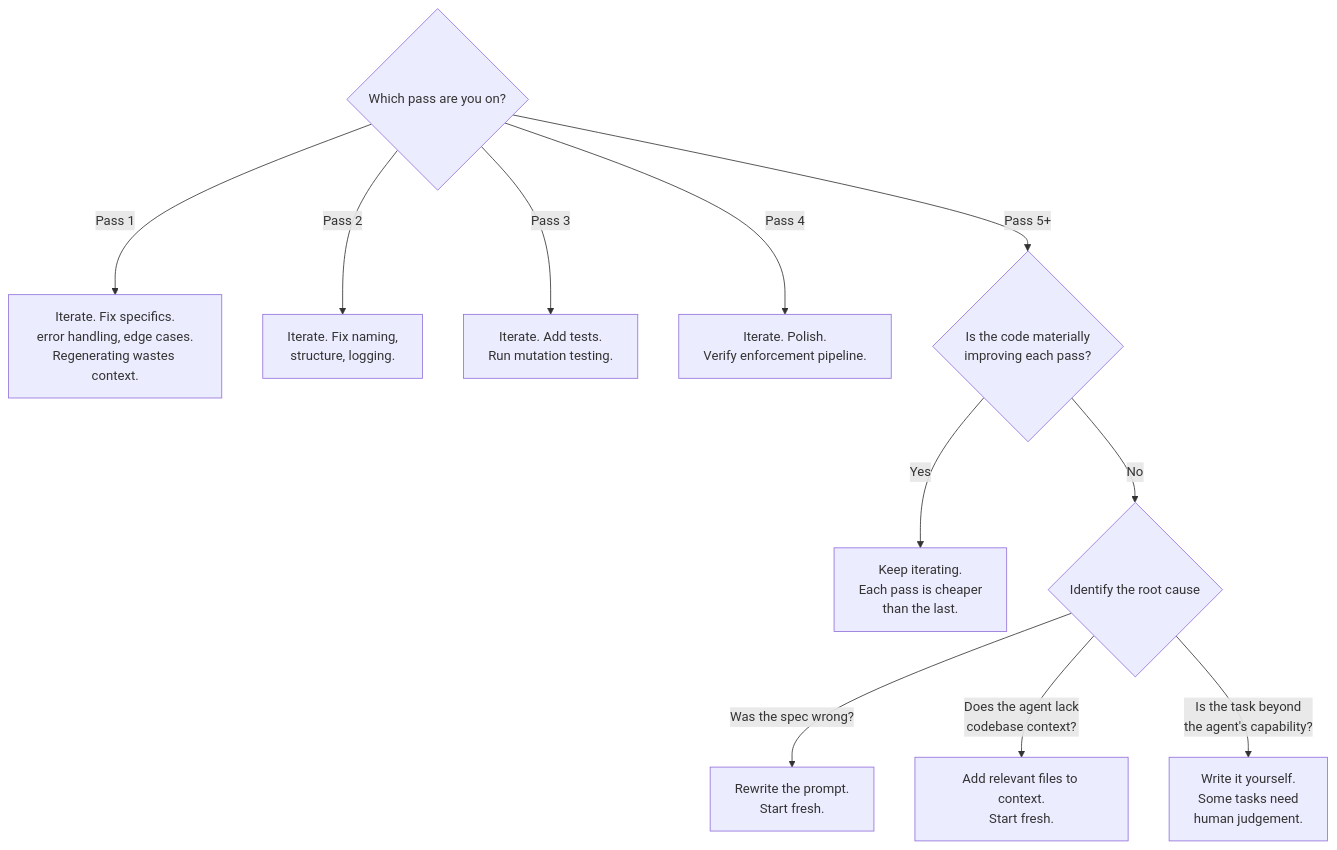
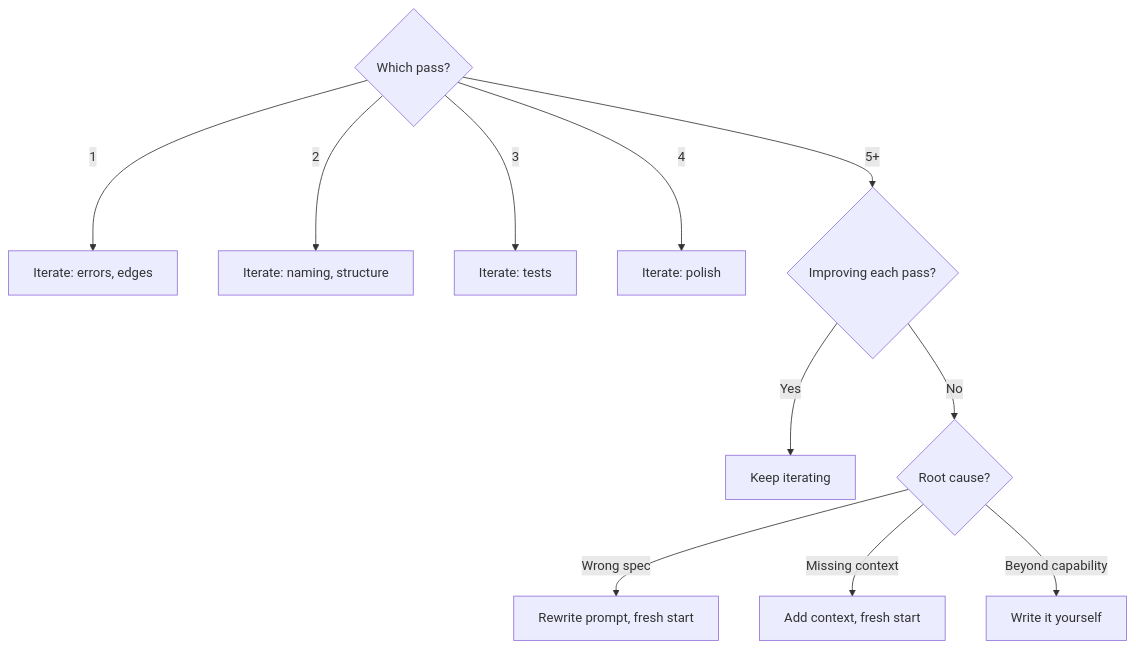
The seventh of 8 diagrams in writing-production-code.md (seanpor/AgentGuide), drawn with Mermaid before and after one commit. The commit also changed other lines of this file and 1 other file, not shown here.

First line of the commit message:
Compact Mermaid diagrams for small-screen readability

````diff
--- a/writing-production-code.md
+++ b/writing-production-code.md
@@ -1421,14 +1421,14 @@
 ```mermaid
 flowchart TD
-    Q1{Which pass are you on?}
-    Q1 -->|Pass 1| A1[Iterate. Fix specifics.<br/>error handling, edge cases.<br/>Regenerating wastes context.]
-    Q1 -->|Pass 2| A2[Iterate. Fix naming,<br/>structure, logging.]
-    Q1 -->|Pass 3| A3[Iterate. Add tests.<br/>Run mutation testing.]
-    Q1 -->|Pass 4| A4[Iterate. Polish.<br/>Verify enforcement pipeline.]
-    Q1 -->|Pass 5+| Q2{Is the code materially<br/>improving each pass?}
-    Q2 -->|Yes| A5[Keep iterating.<br/>Each pass is cheaper<br/>than the last.]
-    Q2 -->|No| Q3{Identify the root cause}
-    Q3 -->|Was the spec wrong?| A6[Rewrite the prompt.<br/>Start fresh.]
-    Q3 -->|Does the agent lack<br/>codebase context?| A7[Add relevant files to context.<br/>Start fresh.]
-    Q3 -->|Is the task beyond<br/>the agent's capability?| A8[Write it yourself.<br/>Some tasks need<br/>human judgement.]
+    Q1{Which pass?}
+    Q1 -->|1| A1[Iterate: errors, edges]
+    Q1 -->|2| A2[Iterate: naming, structure]
+    Q1 -->|3| A3[Iterate: tests]
+    Q1 -->|4| A4[Iterate: polish]
+    Q1 -->|5+| Q2{Improving each pass?}
+    Q2 -->|Yes| A5[Keep iterating]
+    Q2 -->|No| Q3{Root cause?}
+    Q3 -->|Wrong spec| A6[Rewrite prompt, fresh start]
+    Q3 -->|Missing context| A7[Add context, fresh start]
+    Q3 -->|Beyond capability| A8[Write it yourself]
 ```
````
